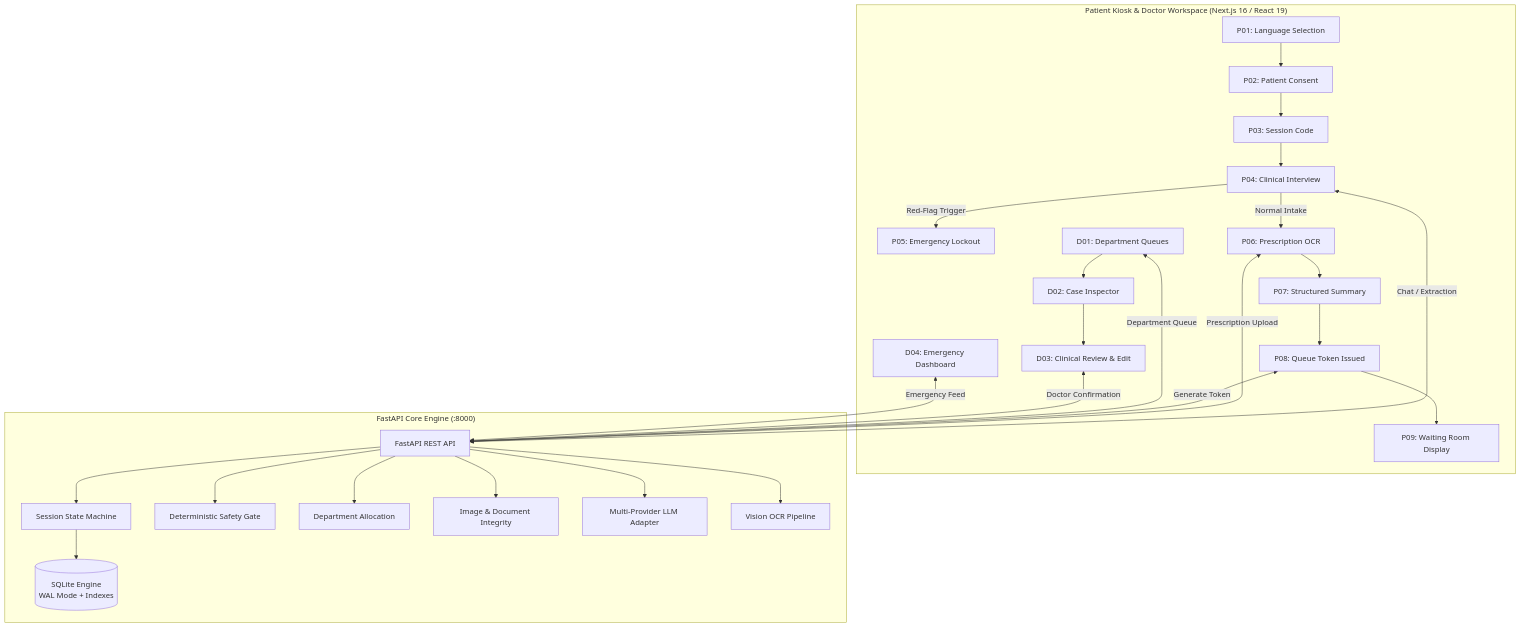
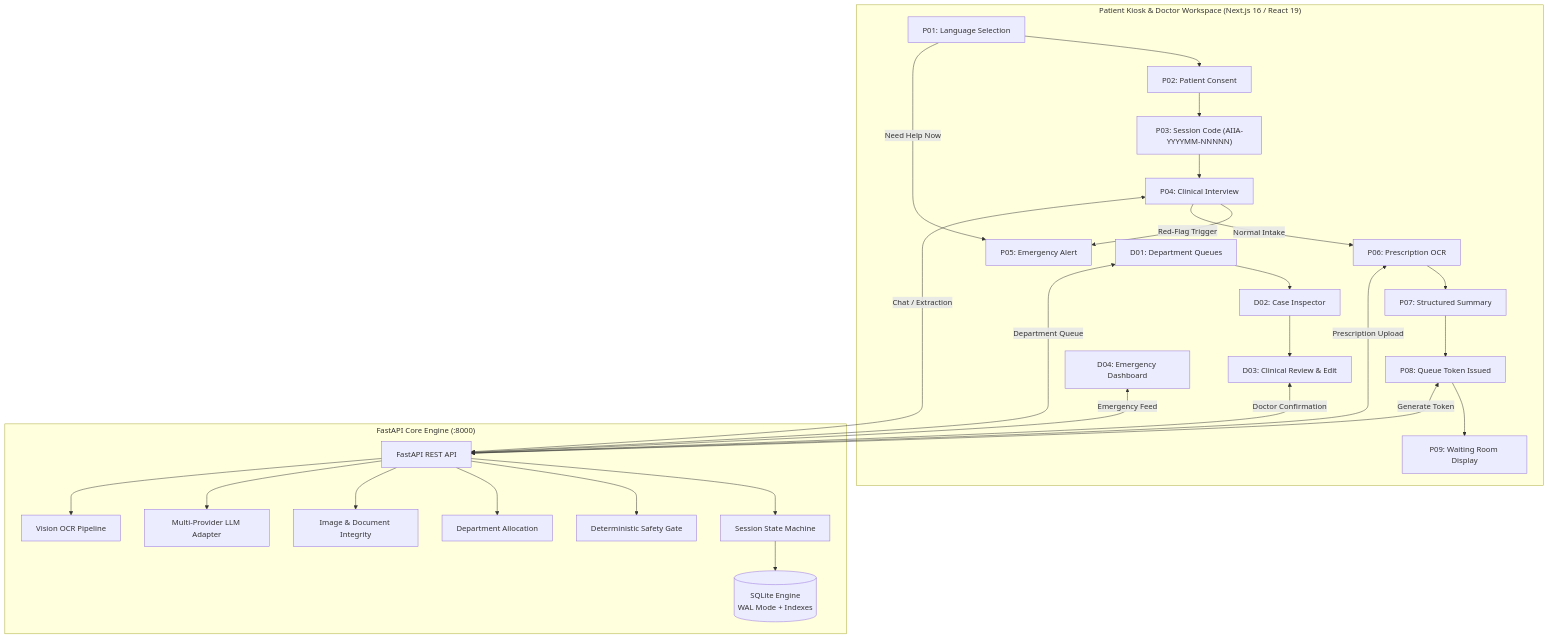
The diagram in README.md (Deadpool20x/Medikiosk), drawn with Mermaid before and after one commit. The commit also changed other lines of this file and 20 other files, not shown here.

````diff
--- a/README.md
+++ b/README.md
@@ -61,42 +62,43 @@
 ```mermaid
 flowchart TD
     subgraph Frontend ["Patient Kiosk & Doctor Workspace (Next.js 16 / React 19)"]
         P01["P01: Language Selection"] --> P02["P02: Patient Consent"]
-        P02 --> P03["P03: Session Code"]
+        P02 --> P03["P03: Session Code (AIIA-YYYYMM-NNNNN)"]
         P03 --> P04["P04: Clinical Interview"]
-        P04 -->|Red-Flag Trigger| P05["P05: Emergency Lockout"]
+        P01 -->|Need Help Now| P05["P05: Emergency Alert"]
+        P04 -->|Red-Flag Trigger| P05
         P04 -->|Normal Intake| P06["P06: Prescription OCR"]
         P06 --> P07["P07: Structured Summary"]
         P07 --> P08["P08: Queue Token Issued"]
         P08 --> P09["P09: Waiting Room Display"]
         
         D01["D01: Department Queues"] --> D02["D02: Case Inspector"]
         D02 --> D03["D03: Clinical Review & Edit"]
         D04["D04: Emergency Dashboard"]
     end
 
     subgraph Backend ["FastAPI Core Engine (:8000)"]
         API["FastAPI REST API"]
         StateMgr["Session State Machine"]
         SafetyGate["Deterministic Safety Gate"]
         DeptRouter["Department Allocation"]
         DocService["Image & Document Integrity"]
         LLMAdapter["Multi-Provider LLM Adapter"]
         OCRPipeline["Vision OCR Pipeline"]
         DB[(SQLite Engine\nWAL Mode + Indexes)]
     end
 
     P04 <-->|Chat / Extraction| API
     P06 <-->|Prescription Upload| API
     P08 <-->|Generate Token| API
     D01 <-->|Department Queue| API
     D03 <-->|Doctor Confirmation| API
     D04 <-->|Emergency Feed| API
 
     API --> StateMgr --> DB
     API --> SafetyGate
     API --> DeptRouter
     API --> DocService
     API --> LLMAdapter
     API --> OCRPipeline
 ```
````
